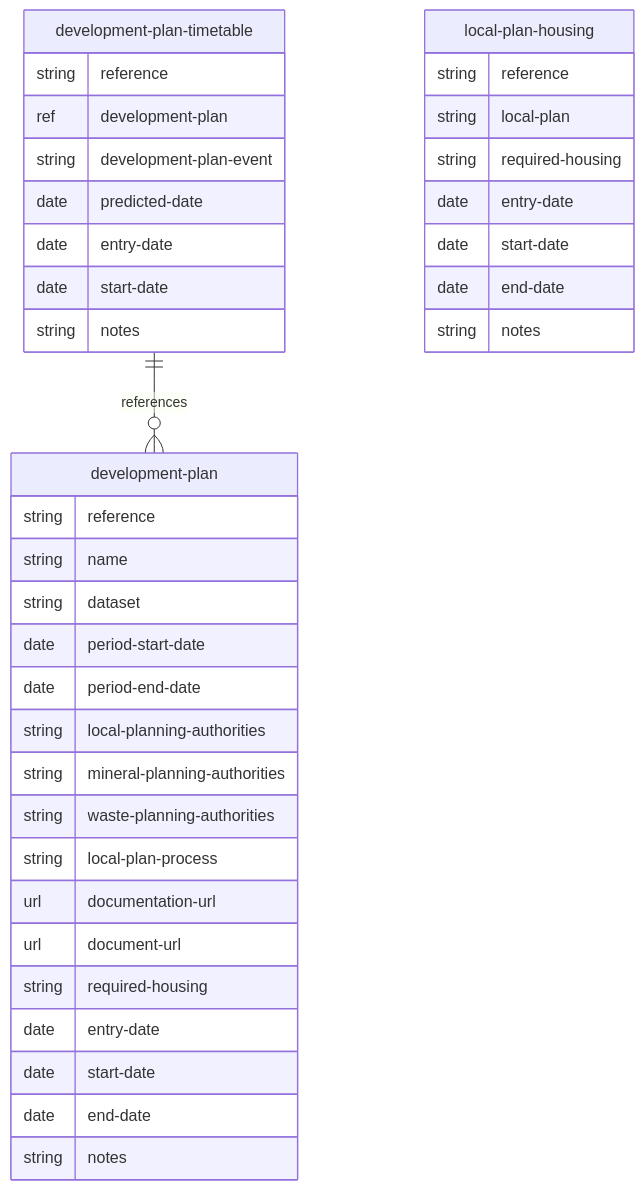
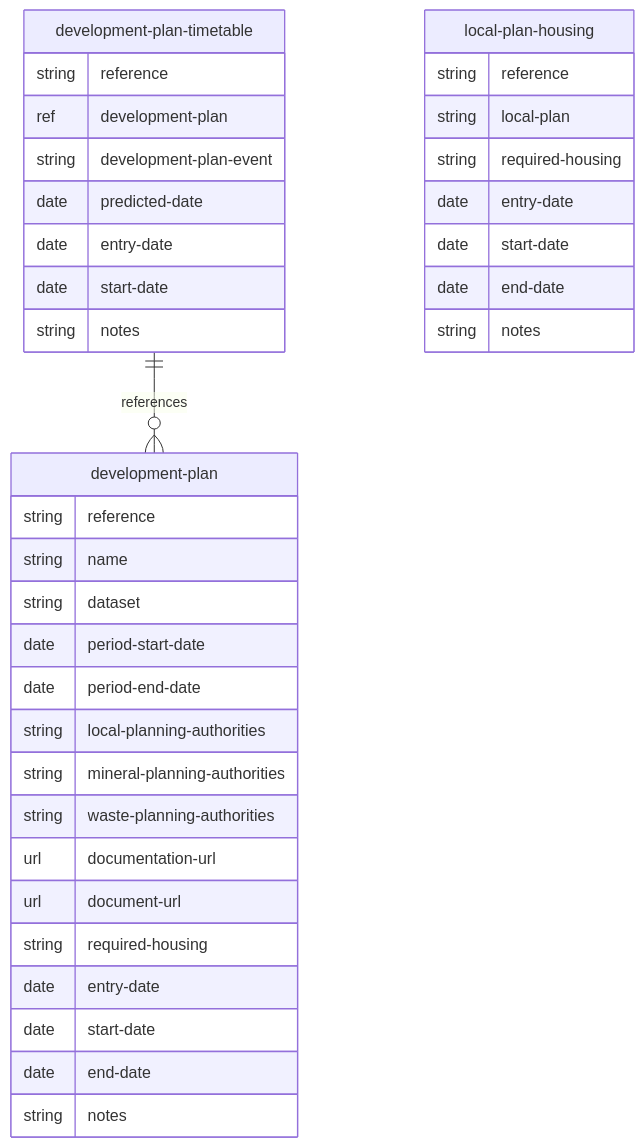
One commit to digital-land/specification changed the diagram in docs/mermaid/development-plan.md. Above: the diagram before and after it, drawn with Mermaid. The commit also changed 47 other files, not shown here.

````diff
--- a/docs/mermaid/development-plan.md
+++ b/docs/mermaid/development-plan.md
@@ -4,40 +4,39 @@
 ```mermaid
 erDiagram
     development-plan {
         string reference
         string name
         string dataset
         date period-start-date
         date period-end-date
         string local-planning-authorities
         string mineral-planning-authorities
         string waste-planning-authorities
-        string local-plan-process
         url documentation-url
         url document-url
         string required-housing
         date entry-date
         date start-date
         date end-date
         string notes
     }
     development-plan-timetable {
         string reference
         ref development-plan
         string development-plan-event
         date predicted-date
         date entry-date
         date start-date
         string notes
     }
     local-plan-housing {
         string reference
         string local-plan
         string required-housing
         date entry-date
         date start-date
         date end-date
         string notes
     }
     development-plan-timetable ||--o{ development-plan : references
 ```
````
